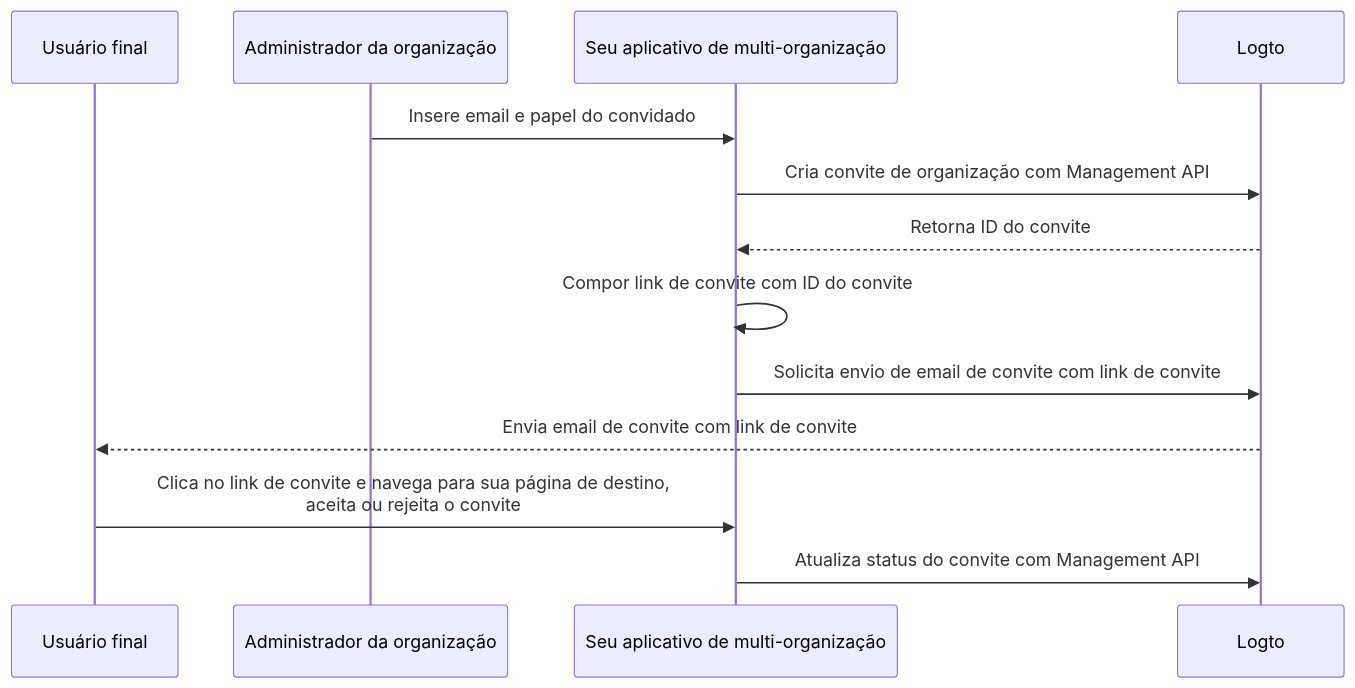
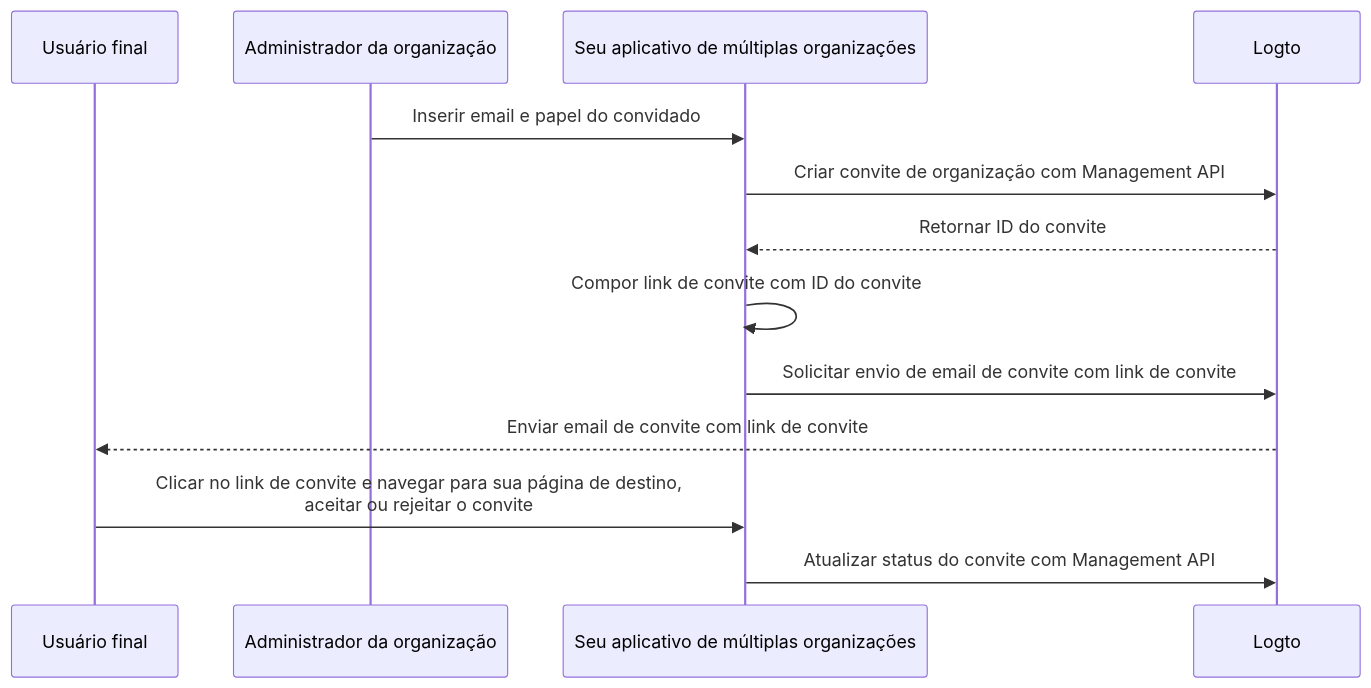
Before and after one commit to logto-io/docs: the diagram in i18n/pt-BR/docusaurus-plugin-content-docs/current/end-user-flows/organization-experience/invite-organization-members.mdx, drawn with Mermaid. The commit also changed other lines of this file and 407 other files, not shown here.

````diff
--- a/i18n/pt-BR/docusaurus-plugin-content-docs/current/end-user-flows/organization-experience/invite-organization-members.mdx
+++ b/i18n/pt-BR/docusaurus-plugin-content-docs/current/end-user-flows/organization-experience/invite-organization-members.mdx
@@ -13,16 +13,16 @@
 ```mermaid
 sequenceDiagram
 	Participant U as Usuário final
   Participant A as Administrador da organização
-  Participant C as Seu aplicativo de multi-organização
+  Participant C as Seu aplicativo de múltiplas organizações
 	Participant L as Logto
 
-  A ->> C: Insere email e papel do convidado
-  C ->> L: Cria convite de organização com Management API
-  L -->> C: Retorna ID do convite
+  A ->> C: Inserir email e papel do convidado
+  C ->> L: Criar convite de organização com Management API
+  L -->> C: Retornar ID do convite
   C ->> C: Compor link de convite com ID do convite
-  C ->> L: Solicita envio de email de convite com link de convite
-  L -->> U: Envia email de convite com link de convite
-  U ->> C: Clica no link de convite e navega para sua página de destino,<br /> aceita ou rejeita o convite
-  C ->> L: Atualiza status do convite com Management API
+  C ->> L: Solicitar envio de email de convite com link de convite
+  L -->> U: Enviar email de convite com link de convite
+  U ->> C: Clicar no link de convite e navegar para sua página de destino,<br /> aceitar ou rejeitar o convite
+  C ->> L: Atualizar status do convite com Management API
 ```
````
